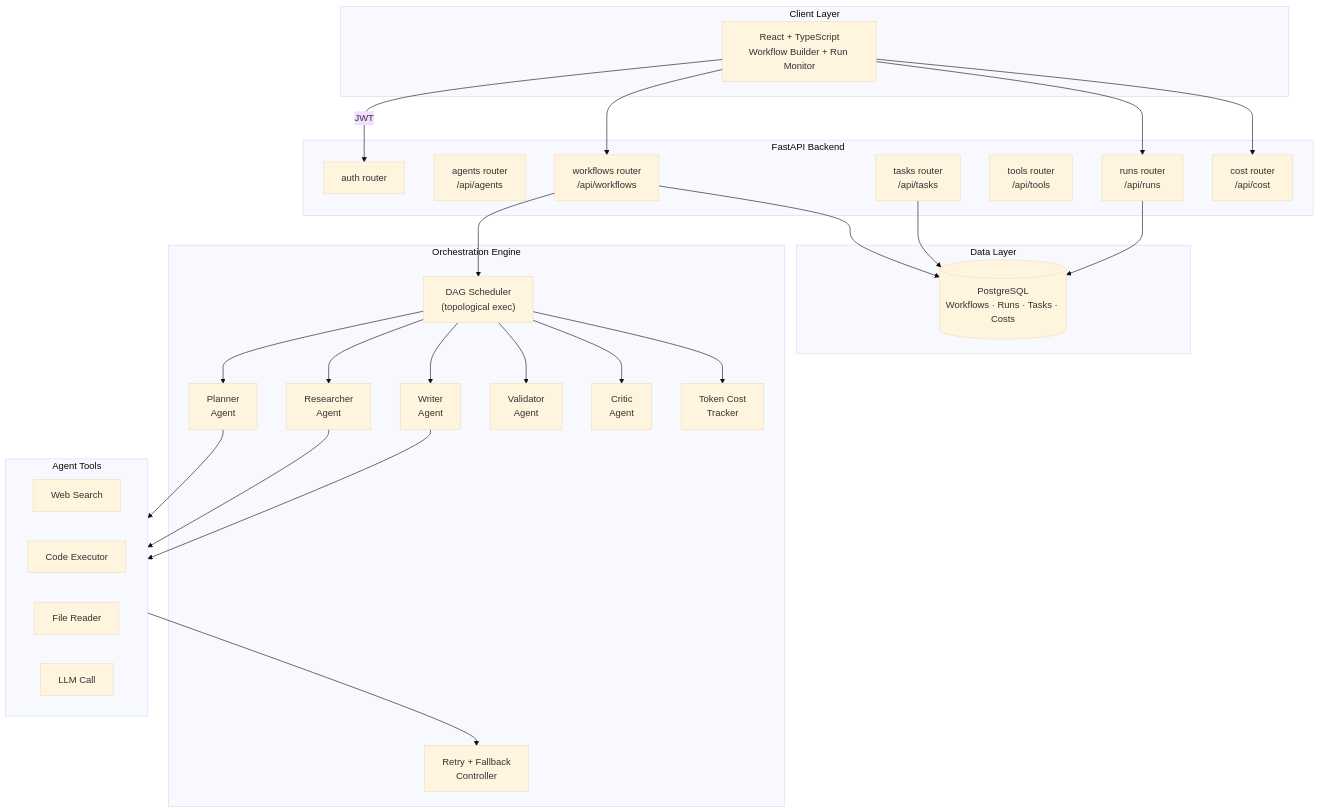
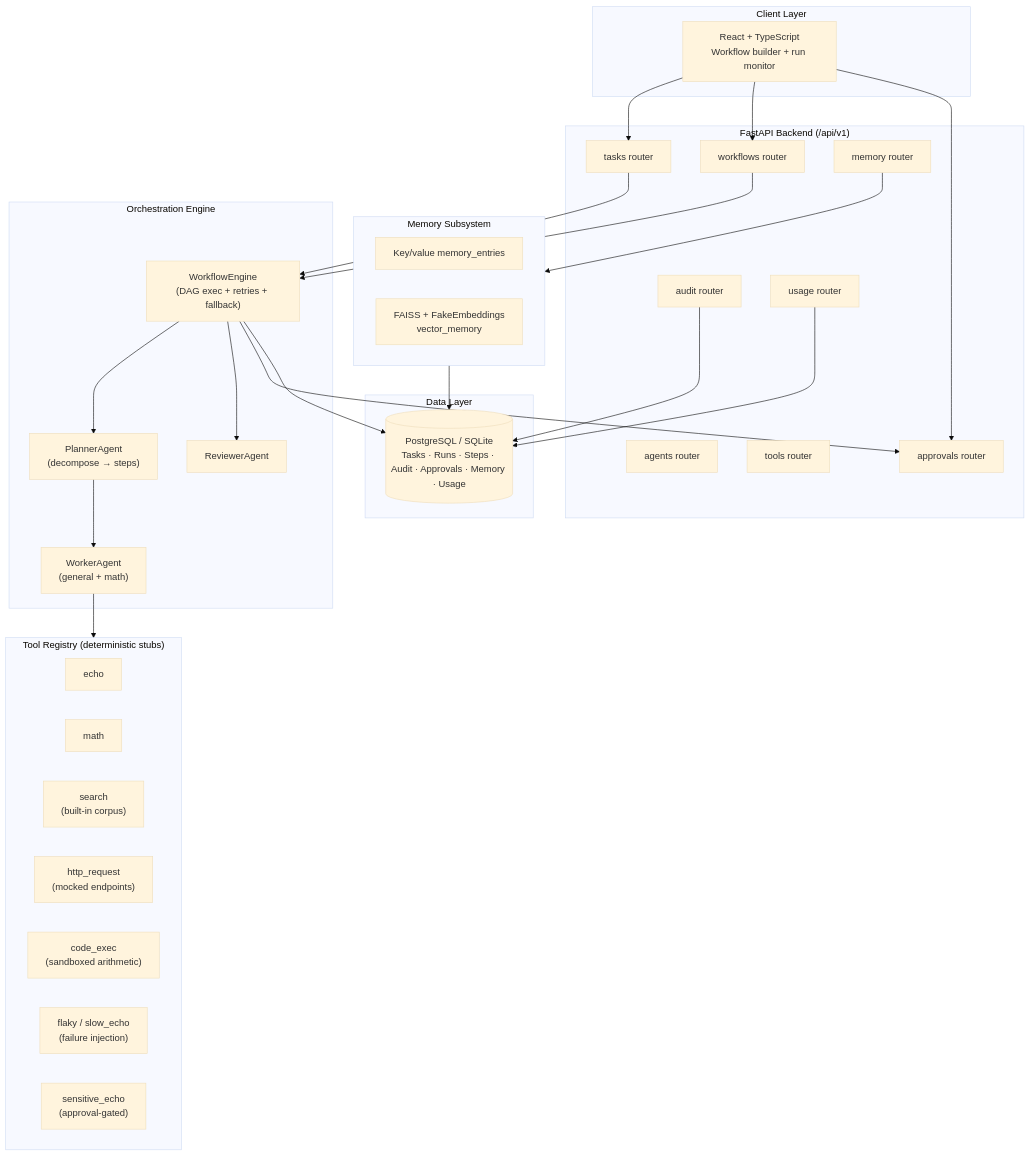
One commit to RyanJBush/multi-agent-workflow-automation-platform changed the diagram in README.md. Above: the diagram before and after it, drawn with Mermaid (base theme). The commit also changed other lines of this file and 5 other files, not shown here.

````diff
--- a/README.md
+++ b/README.md
@@ -32,47 +95,52 @@
 ```mermaid
 flowchart TD
     subgraph Client["Client Layer"]
-        UI["React + TypeScript\nWorkflow Builder + Run Monitor"]
+        UI["React + TypeScript<br/>Workflow builder + run monitor"]
     end
 
-    subgraph API["FastAPI Backend"]
-        R_WORKFLOWS["workflows router\n/api/workflows"]
-        R_AGENTS["agents router\n/api/agents"]
-        R_RUNS["runs router\n/api/runs"]
-        R_TASKS["tasks router\n/api/tasks"]
-        R_TOOLS["tools router\n/api/tools"]
-        R_COST["cost router\n/api/cost"]
-        R_AUTH["auth router"]
+    subgraph API["FastAPI Backend (/api/v1)"]
+        R_TASKS["tasks router"]
+        R_WORKFLOWS["workflows router"]
+        R_AGENTS["agents router"]
+        R_TOOLS["tools router"]
+        R_APPROVALS["approvals router"]
+        R_MEMORY["memory router"]
+        R_AUDIT["audit router"]
+        R_USAGE["usage router"]
     end
 
     subgraph Orchestration["Orchestration Engine"]
-        PLANNER_AGENT["Planner\nAgent"]
-        RESEARCHER_AGENT["Researcher\nAgent"]
-        WRITER_AGENT["Writer\nAgent"]
-        VALIDATOR_AGENT["Validator\nAgent"]
-        CRITIC_AGENT["Critic\nAgent"]
-        SCHEDULER["DAG Scheduler\n(topological exec)"]
-        RETRY["Retry + Fallback\nController"]
-        COST_TRACKER["Token Cost\nTracker"]
+        PLANNER["PlannerAgent<br/>(decompose → steps)"]
+        WORKER["WorkerAgent<br/>(general + math)"]
+        REVIEWER["ReviewerAgent"]
+        ENGINE["WorkflowEngine<br/>(DAG exec + retries + fallback)"]
     end
 
-    subgraph Tools["Agent Tools"]
-        WEB["Web Search"]
-        CODE["Code Executor"]
-        FILE["File Reader"]
-        LLMCALL["LLM Call"]
+    subgraph Tools["Tool Registry (deterministic stubs)"]
+        ECHO["echo"]
+        MATH["math"]
+        SEARCH["search<br/>(built-in corpus)"]
+        HTTP["http_request<br/>(mocked endpoints)"]
+        CODE["code_exec<br/>(sandboxed arithmetic)"]
+        FLAKY["flaky / slow_echo<br/>(failure injection)"]
+        SENS["sensitive_echo<br/>(approval-gated)"]
+    end
+
+    subgraph Memory["Memory Subsystem"]
+        BASIC["Key/value memory_entries"]
+        VECTOR["FAISS + FakeEmbeddings<br/>vector_memory"]
     end
 
     subgraph Data["Data Layer"]
-        PG[("PostgreSQL\nWorkflows · Runs · Tasks · Costs")]
+        PG[("PostgreSQL / SQLite<br/>Tasks · Runs · Steps · Audit · Approvals · Memory · Usage")]
     end
 
-    UI -->|"JWT"| R_AUTH
-    UI --> R_WORKFLOWS & R_RUNS & R_COST
-    R_WORKFLOWS --> SCHEDULER
-    SCHEDULER --> PLANNER_AGENT & RESEARCHER_AGENT & WRITER_AGENT & VALIDATOR_AGENT & CRITIC_AGENT
-    PLANNER_AGENT & RESEARCHER_AGENT & WRITER_AGENT --> Tools
-    Tools --> RETRY
-    SCHEDULER --> COST_TRACKER
-    R_WORKFLOWS & R_RUNS & R_TASKS --> PG
+    UI --> R_TASKS & R_WORKFLOWS & R_APPROVALS
+    R_TASKS --> ENGINE
+    R_WORKFLOWS --> ENGINE
+    ENGINE --> PLANNER --> WORKER --> Tools
+    ENGINE --> REVIEWER
+    ENGINE --> R_APPROVALS
+    R_MEMORY --> Memory
+    ENGINE & Memory & R_AUDIT & R_USAGE --> PG
 ```
````
